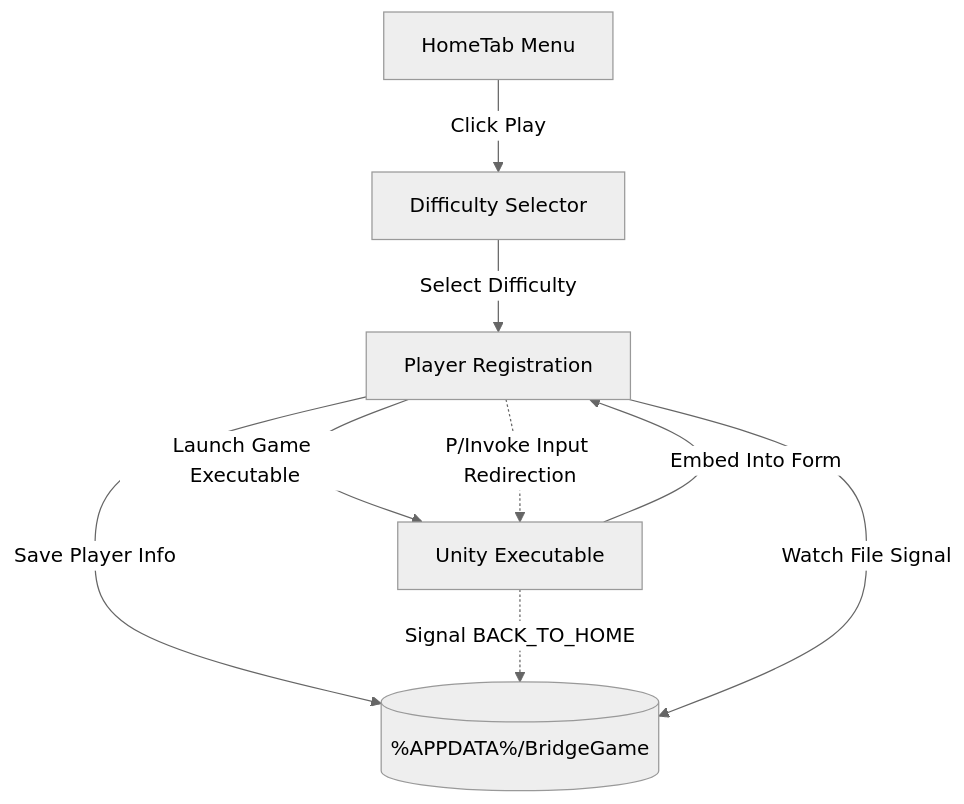
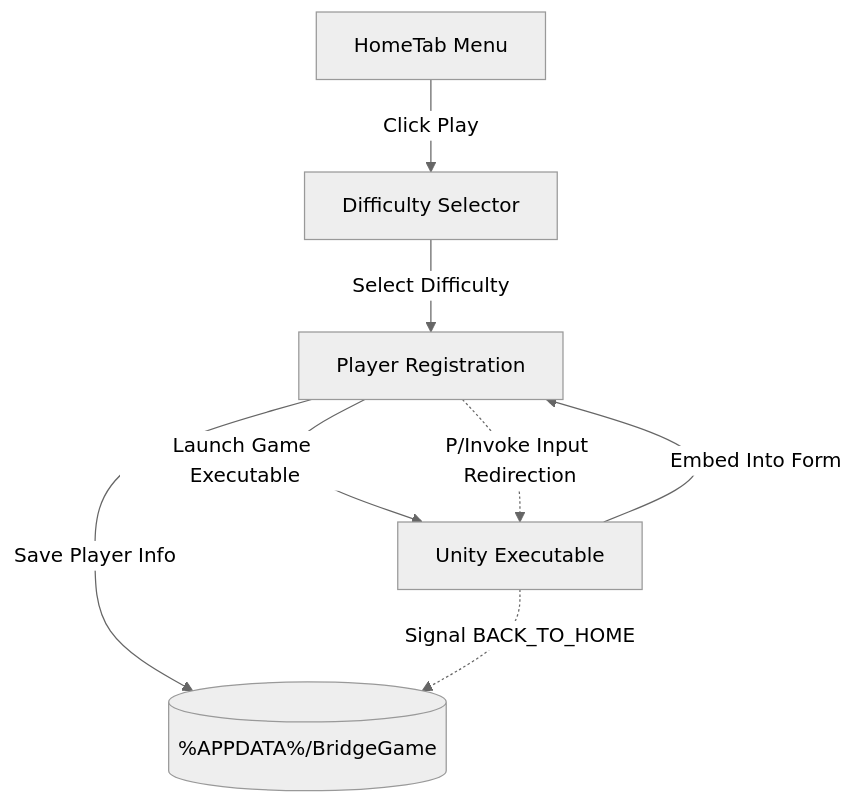
One commit to Jairelle/CodeRun changed the diagram in README.md. Above: the diagram before and after it, drawn with Mermaid (neutral theme). The commit also changed other lines of this file, not shown here.

````diff
--- a/README.md
+++ b/README.md
@@ -29,11 +64,10 @@
 ```mermaid
 graph TD
     HomeTab[HomeTab Menu] -->|Click Play| PlayDifficulties[Difficulty Selector]
     PlayDifficulties -->|Select Difficulty| PlayerName[Player Registration]
     PlayerName -->|Save Player Info| AppDataDir[(%APPDATA%/BridgeGame)]
     PlayerName -->|Launch Game Executable| UnityExe[Unity Executable]
     UnityExe -->|Embed Into Form| PlayerName
     PlayerName -.->|P/Invoke Input Redirection| UnityExe
     UnityExe -.->|Signal BACK_TO_HOME| AppDataDir
-    PlayerName -->|Watch File Signal| AppDataDir
 ```
````
